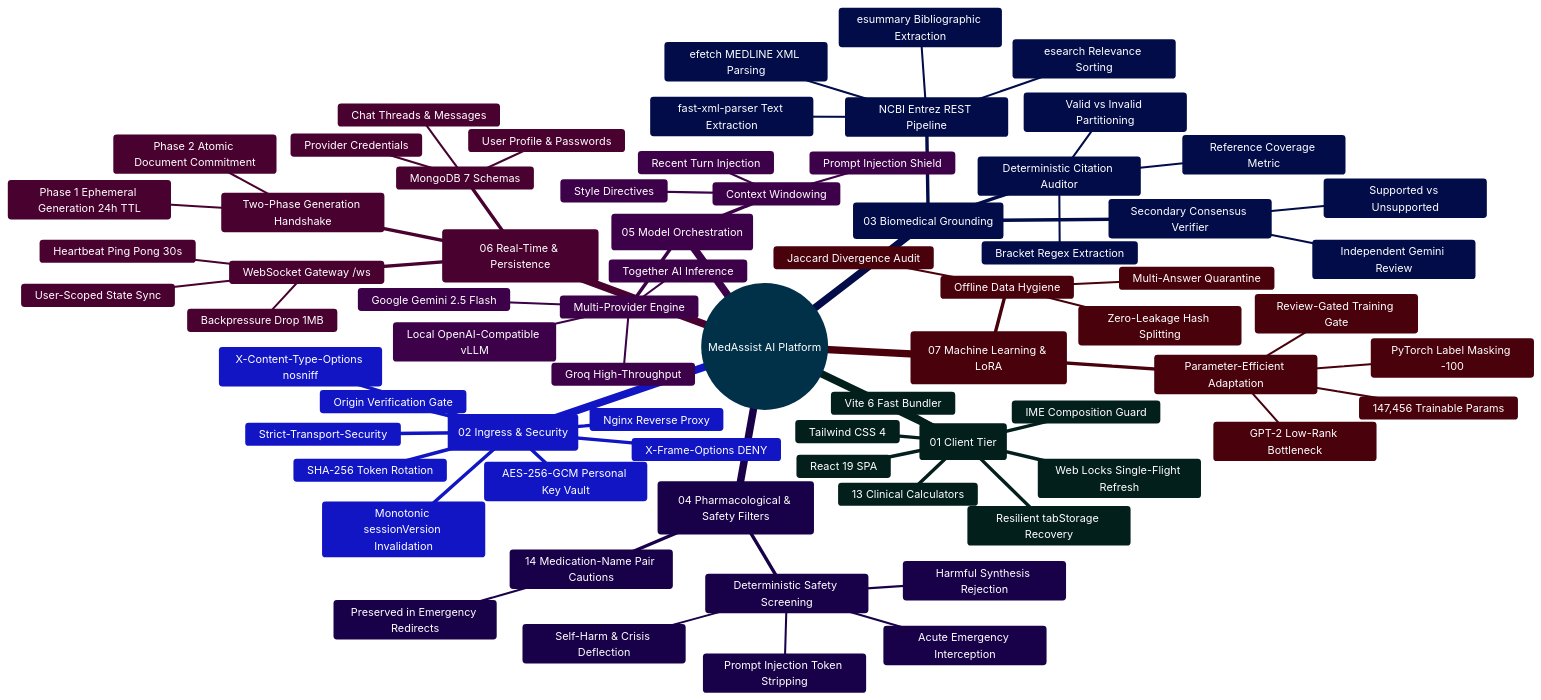
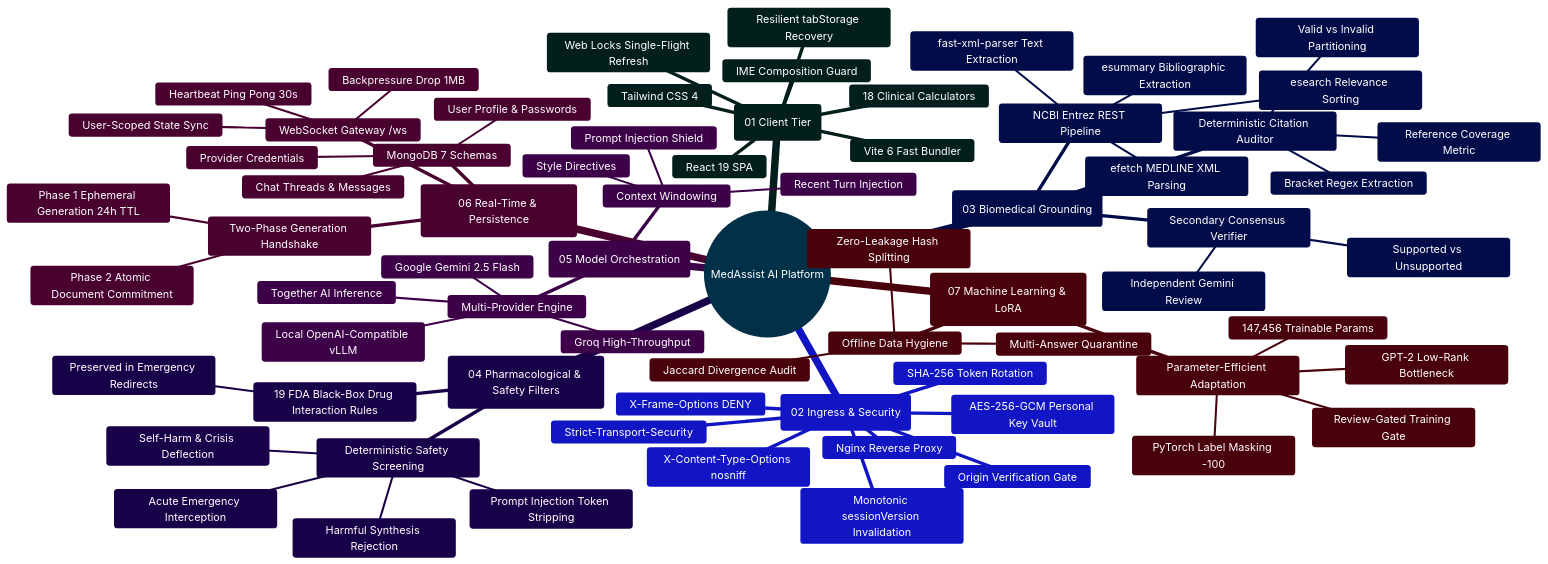
Before and after one commit to Ganesh172919/React-App-LLM: the first of 2 diagrams in docs/README.md, drawn with Mermaid. The commit also changed other lines of this file and 12 other files, not shown here.

Commit message:
docs: synchronize documentation suite with 19 DDI rules, 18 clinical tools, and 206 automated checks

````diff
--- a/docs/README.md
+++ b/docs/README.md
@@ -93,76 +93,76 @@
 ```mermaid
 %%{init: {'theme': 'base', 'themeVariables': { 'primaryColor': '#0284c7', 'primaryTextColor': '#ffffff', 'primaryBorderColor': '#0369a1', 'lineColor': '#0284c7', 'secondaryColor': '#0d9488', 'tertiaryColor': '#6366f1' }}}%%
 mindmap
   root((MedAssist AI Platform))
     ::icon(fa fa-heartbeat)
     (01 Client Tier)
       React 19 SPA
       Vite 6 Fast Bundler
       Tailwind CSS 4
       Web Locks Single-Flight Refresh
       Resilient tabStorage Recovery
       IME Composition Guard
-      13 Clinical Calculators
+      18 Clinical Calculators
     (02 Ingress & Security)
       Nginx Reverse Proxy
       Origin Verification Gate
       Strict-Transport-Security
       X-Content-Type-Options nosniff
       X-Frame-Options DENY
       AES-256-GCM Personal Key Vault
       Monotonic sessionVersion Invalidation
       SHA-256 Token Rotation
     (03 Biomedical Grounding)
       NCBI Entrez REST Pipeline
         esearch Relevance Sorting
         esummary Bibliographic Extraction
         efetch MEDLINE XML Parsing
         fast-xml-parser Text Extraction
       Deterministic Citation Auditor
         Bracket Regex Extraction
         Valid vs Invalid Partitioning
         Reference Coverage Metric
       Secondary Consensus Verifier
         Independent Gemini Review
         Supported vs Unsupported
     (04 Pharmacological & Safety Filters)
       Deterministic Safety Screening
         Self-Harm & Crisis Deflection
         Acute Emergency Interception
         Harmful Synthesis Rejection
         Prompt Injection Token Stripping
-      14 Medication-Name Pair Cautions
+      19 FDA Black-Box Drug Interaction Rules
         Preserved in Emergency Redirects
     (05 Model Orchestration)
       Multi-Provider Engine
         Google Gemini 2.5 Flash
         Groq High-Throughput
         Together AI Inference
         Local OpenAI-Compatible vLLM
       Context Windowing
         Recent Turn Injection
         Prompt Injection Shield
         Style Directives
     (06 Real-Time & Persistence)
       Two-Phase Generation Handshake
         Phase 1 Ephemeral Generation 24h TTL
         Phase 2 Atomic Document Commitment
       WebSocket Gateway /ws
         Heartbeat Ping Pong 30s
         Backpressure Drop 1MB
         User-Scoped State Sync
       MongoDB 7 Schemas
         User Profile & Passwords
         Chat Threads & Messages
         Provider Credentials
     (07 Machine Learning & LoRA)
       Offline Data Hygiene
         Jaccard Divergence Audit
         Multi-Answer Quarantine
         Zero-Leakage Hash Splitting
       Parameter-Efficient Adaptation
         GPT-2 Low-Rank Bottleneck
         147,456 Trainable Params
         PyTorch Label Masking -100
         Review-Gated Training Gate
 ```
````
